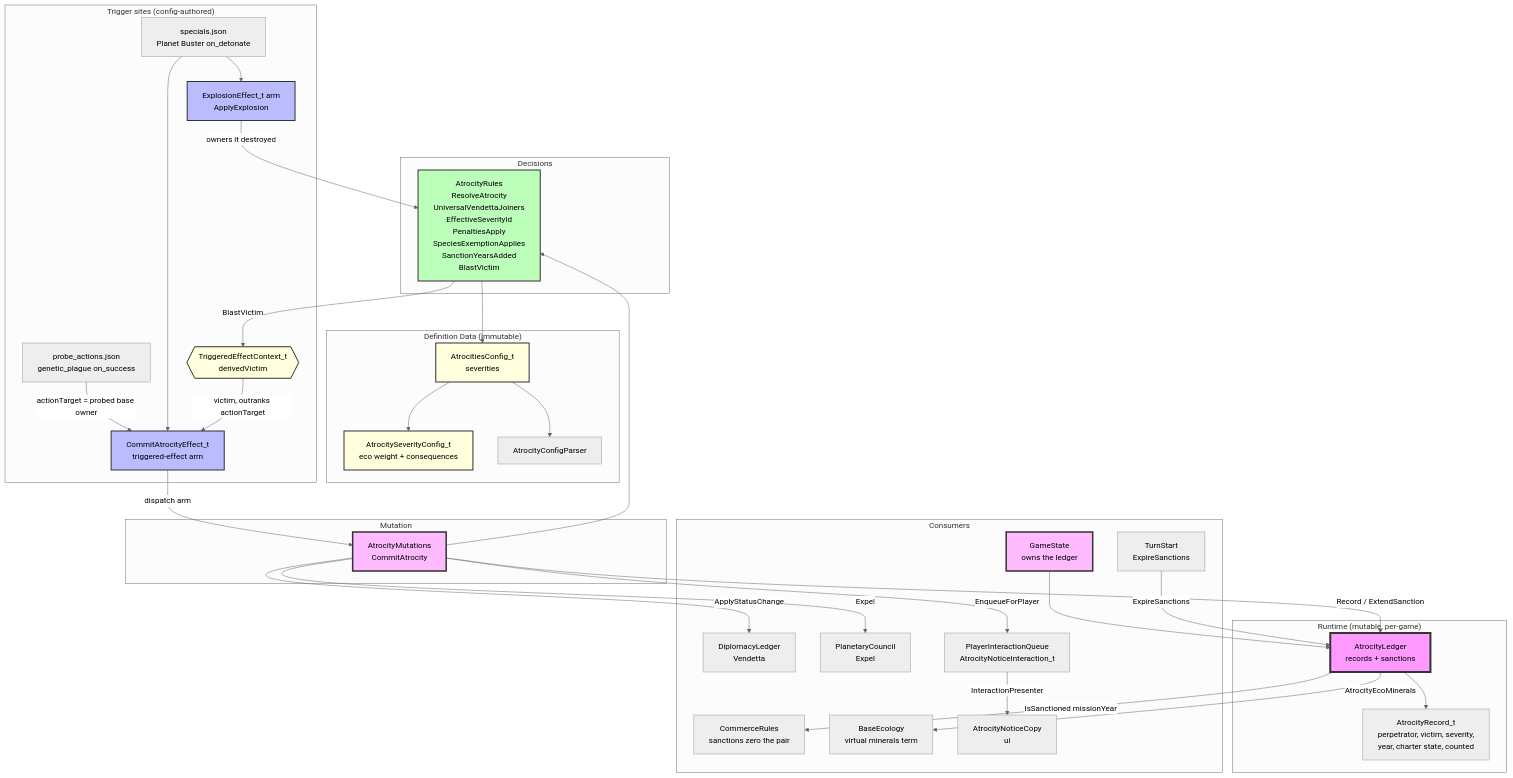
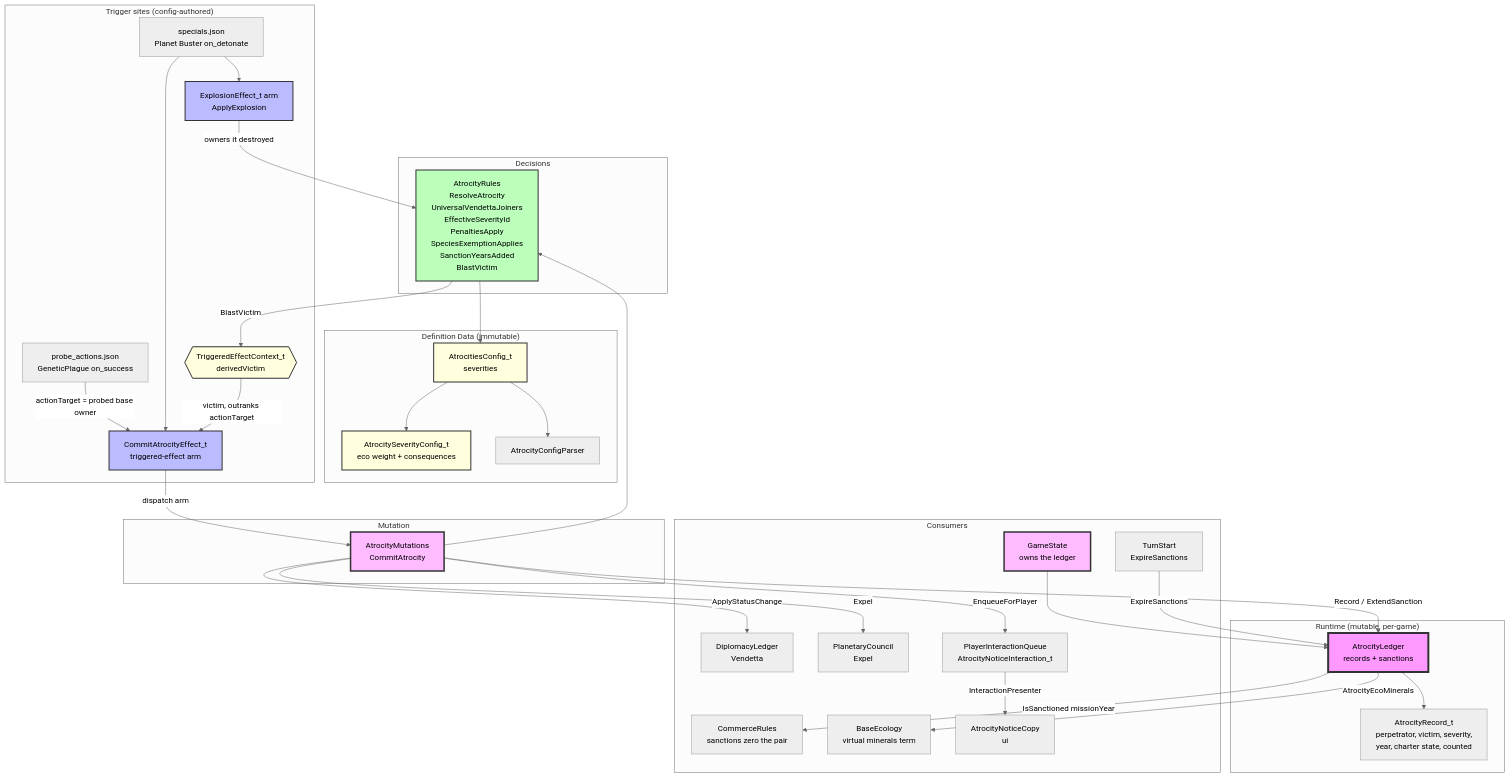
The diagram in docs/architecture/atrocity-system.md (kilianloftis/alpha-centauri), drawn with Mermaid (neutral theme) before and after one commit. The commit also changed 131 other files, not shown here.

````diff
--- a/docs/architecture/atrocity-system.md
+++ b/docs/architecture/atrocity-system.md
@@ -3,76 +3,76 @@
 ```mermaid
 graph TB
     subgraph "Runtime (mutable, per-game)"
         AtrocityLedger[AtrocityLedger<br/>records + sanctions]
         AtrocityRecord[AtrocityRecord_t<br/>perpetrator, victim, severity,<br/>year, charter state, counted]
     end
 
     subgraph "Decisions"
         AtrocityRules[AtrocityRules<br/>ResolveAtrocity<br/>UniversalVendettaJoiners<br/>EffectiveSeverityId<br/>PenaltiesApply<br/>SpeciesExemptionApplies<br/>SanctionYearsAdded<br/>BlastVictim]
     end
 
     subgraph "Mutation"
         AtrocityMutations[AtrocityMutations<br/>CommitAtrocity]
     end
 
     subgraph "Definition Data (immutable)"
         AtrocitiesConfig[AtrocitiesConfig_t<br/>severities]
         SeverityConfig[AtrocitySeverityConfig_t<br/>eco weight + consequences]
         AtrocityParser[AtrocityConfigParser]
     end
 
     subgraph "Trigger sites (config-authored)"
         CommitArm[CommitAtrocityEffect_t<br/>triggered-effect arm]
-        ProbeActions[probe_actions.json<br/>genetic_plague on_success]
+        ProbeActions[probe_actions.json<br/>GeneticPlague on_success]
         Warheads[specials.json<br/>Planet Buster on_detonate]
         ExplosionArm[ExplosionEffect_t arm<br/>ApplyExplosion]
         DerivedVictim{{"TriggeredEffectContext_t<br/>derivedVictim"}}
     end
 
     subgraph "Consumers"
         GameState[GameState<br/>owns the ledger]
         DiplomacyLedger[DiplomacyLedger<br/>Vendetta]
         PlanetaryCouncil[PlanetaryCouncil<br/>Expel]
         CommerceRules[CommerceRules<br/>sanctions zero the pair]
         EcoDamage[BaseEcology<br/>virtual minerals term]
         TurnStart[TurnStart<br/>ExpireSanctions]
         Notices[PlayerInteractionQueue<br/>AtrocityNoticeInteraction_t]
         AtrocityNotices[AtrocityNoticeCopy<br/>ui]
     end
 
     GameState --> AtrocityLedger
     AtrocityLedger --> AtrocityRecord
 
     ProbeActions -->|actionTarget = probed base owner| CommitArm
     Warheads --> ExplosionArm
     Warheads --> CommitArm
     ExplosionArm -->|owners it destroyed| AtrocityRules
     AtrocityRules -->|BlastVictim| DerivedVictim
     DerivedVictim -->|victim, outranks actionTarget| CommitArm
     CommitArm -->|dispatch arm| AtrocityMutations
 
     AtrocityMutations --> AtrocityRules
     AtrocityMutations -->|Record / ExtendSanction| AtrocityLedger
     AtrocityMutations -->|ApplyStatusChange| DiplomacyLedger
     AtrocityMutations -->|Expel| PlanetaryCouncil
     AtrocityMutations -->|EnqueueForPlayer| Notices
     Notices -->|InteractionPresenter| AtrocityNotices
 
     AtrocityRules --> AtrocitiesConfig
     AtrocitiesConfig --> SeverityConfig
     AtrocitiesConfig --> AtrocityParser
 
     AtrocityLedger -->|IsSanctioned missionYear| CommerceRules
     AtrocityLedger -->|AtrocityEcoMinerals| EcoDamage
     TurnStart -->|ExpireSanctions| AtrocityLedger
 
     style AtrocityLedger fill:#f9f,stroke:#333,stroke-width:4px
     style AtrocityMutations fill:#fbf,stroke:#333,stroke-width:3px
     style AtrocityRules fill:#bfb,stroke:#333,stroke-width:2px
     style AtrocitiesConfig fill:#ffd,stroke:#333,stroke-width:2px
     style SeverityConfig fill:#ffd,stroke:#333,stroke-width:2px
     style CommitArm fill:#bbf,stroke:#333,stroke-width:2px
     style ExplosionArm fill:#bbf,stroke:#333,stroke-width:2px
     style DerivedVictim fill:#ffd,stroke:#333,stroke-width:2px
     style GameState fill:#fbf,stroke:#333,stroke-width:3px
 ```
````
